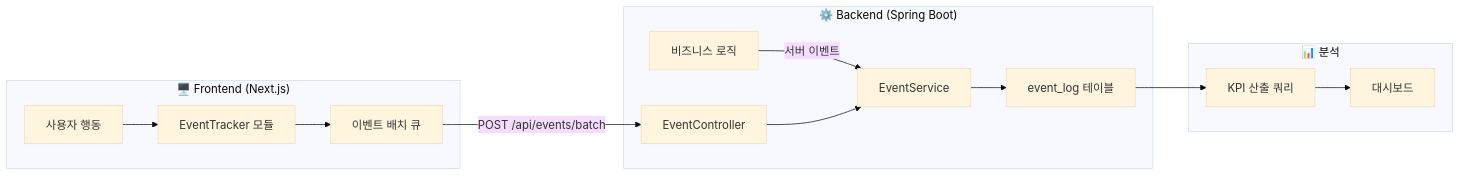
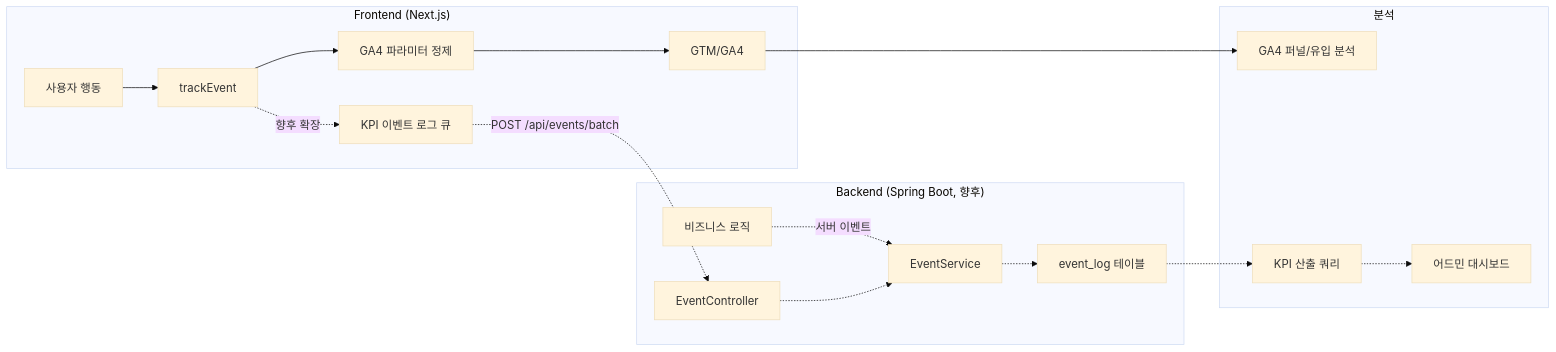
Before and after one commit to jin2304/SearchWeb_Spring: the diagram in docs/Plan/02. kpi_measurement_design.md, drawn with Mermaid (base theme). The commit also changed other lines of this file and 2 other files, not shown here.

First line of the commit message:
docs(analytics): KPI 측정 설계 수정 및 통합 로깅 아키텍처 정의서 추가

````diff
--- a/docs/Plan/02. kpi_measurement_design.md
+++ b/docs/Plan/02. kpi_measurement_design.md
@@ -159,19 +273,22 @@
 ```mermaid
   graph LR
-    subgraph Frontend["🖥️ Frontend (Next.js)"]
-        A[사용자 행동] --> B[EventTracker 모듈]
-        B --> C[이벤트 배치 큐]
+    subgraph Frontend["Frontend (Next.js)"]
+        A[사용자 행동] --> B[trackEvent]
+        B --> C[GA4 파라미터 정제]
+        C --> D[GTM/GA4]
+        B -.향후 확장.-> E[KPI 이벤트 로그 큐]
     end
-    
-    subgraph Backend["⚙️ Backend (Spring Boot)"]
-        C -->|POST /api/events/batch| D[EventController]
-        E[비즈니스 로직] -->|서버 이벤트| F[EventService]
-        D --> F
-        F --> G[event_log 테이블]
+
+    subgraph Backend["Backend (Spring Boot, 향후)"]
+        E -.POST /api/events/batch.-> F[EventController]
+        G[비즈니스 로직] -.서버 이벤트.-> H[EventService]
+        F -.-> H
+        H -.-> I[event_log 테이블]
     end
-    
-    subgraph Analytics["📊 분석"]
-        G --> H[KPI 산출 쿼리]
-        H --> I[대시보드]
-    end       
+
+    subgraph Analytics["분석"]
+        D --> J[GA4 퍼널/유입 분석]
+        I -.-> K[KPI 산출 쿼리]
+        K -.-> L[어드민 대시보드]
+    end
 ```
````
